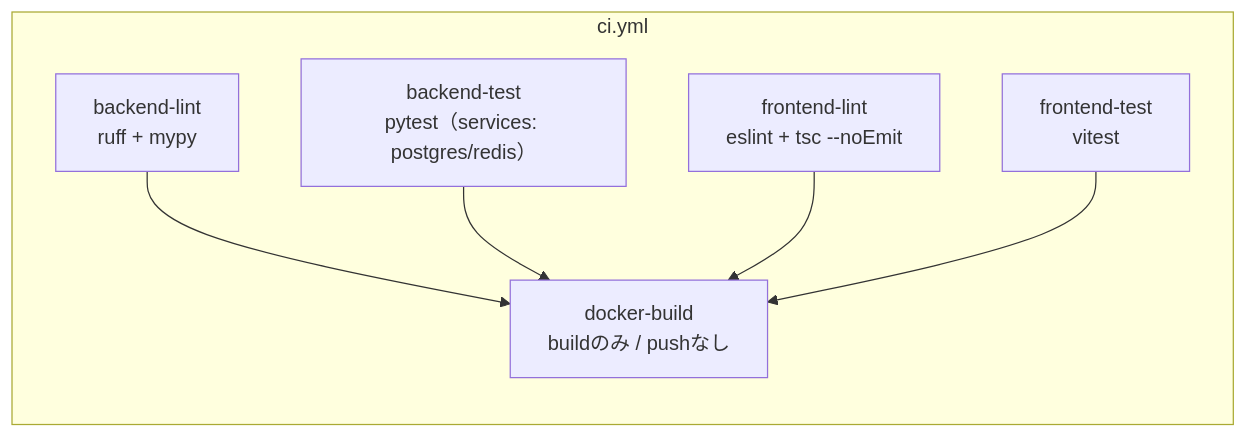
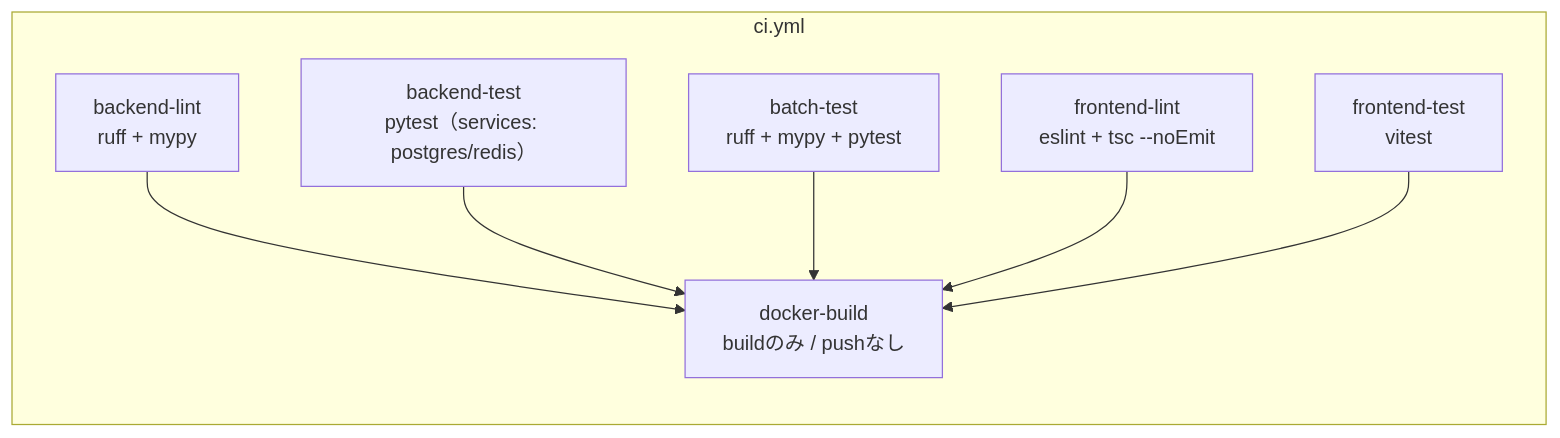
One commit to oikawa-d/task_management changed the second of 3 diagrams in basic_design/06_infra_cicd.md. Above: the diagram before and after it, drawn with Mermaid. The commit also changed other lines of this file and 6 other files, not shown here.

````diff
--- a/basic_design/06_infra_cicd.md
+++ b/basic_design/06_infra_cicd.md
@@ -170,14 +213,16 @@
 ```mermaid
 flowchart LR
     subgraph ci["ci.yml"]
         BL["backend-lint<br/>ruff + mypy"]
         BT["backend-test<br/>pytest（services: postgres/redis）"]
+        BAT["batch-test<br/>ruff + mypy + pytest"]
         FL["frontend-lint<br/>eslint + tsc --noEmit"]
         FT["frontend-test<br/>vitest"]
         DB["docker-build<br/>buildのみ / pushなし"]
     end
     BL --> DB
     BT --> DB
+    BAT --> DB
     FL --> DB
     FT --> DB
 ```
````
